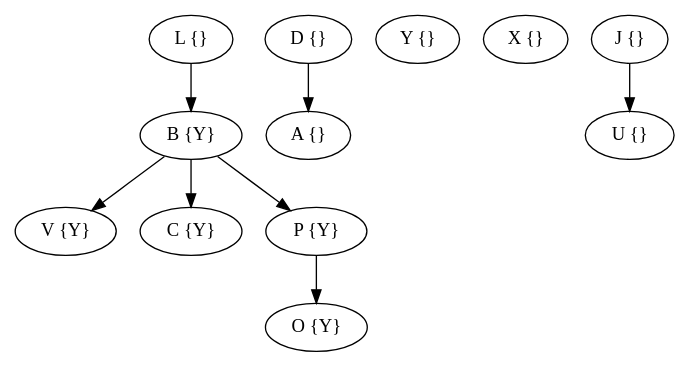
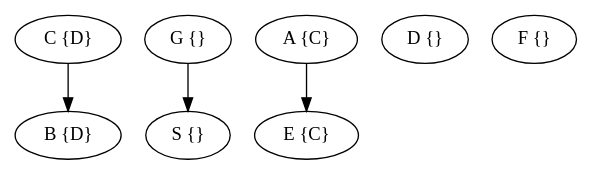
One commit to GiovA07/Pointer_Analysis changed the diagram in output/grafo.dot. Above: the diagram before and after it, drawn with Graphviz. The commit also changed 11 other files, not shown here.

```diff
--- a/output/grafo.dot
+++ b/output/grafo.dot
@@ -1,22 +1,14 @@
 digraph{
 rankdir=TB;
-O [label="O {Y}"];
+B [label="B {D}"];
+S [label="S {}"];
+C [label="C {D}"];
+A [label="A {C}"];
 D [label="D {}"];
-A [label="A {}"];
-V [label="V {Y}"];
-C [label="C {Y}"];
-Y [label="Y {}"];
-B [label="B {Y}"];
-X [label="X {}"];
-L [label="L {}"];
-P [label="P {Y}"];
-U [label="U {}"];
-J [label="J {}"];
-D -> A;
-B -> V;
-B -> C;
-B -> P;
-L -> B;
-P -> O;
-J -> U;
+G [label="G {}"];
+E [label="E {C}"];
+F [label="F {}"];
+C -> B;
+A -> E;
+G -> S;
 }
```
